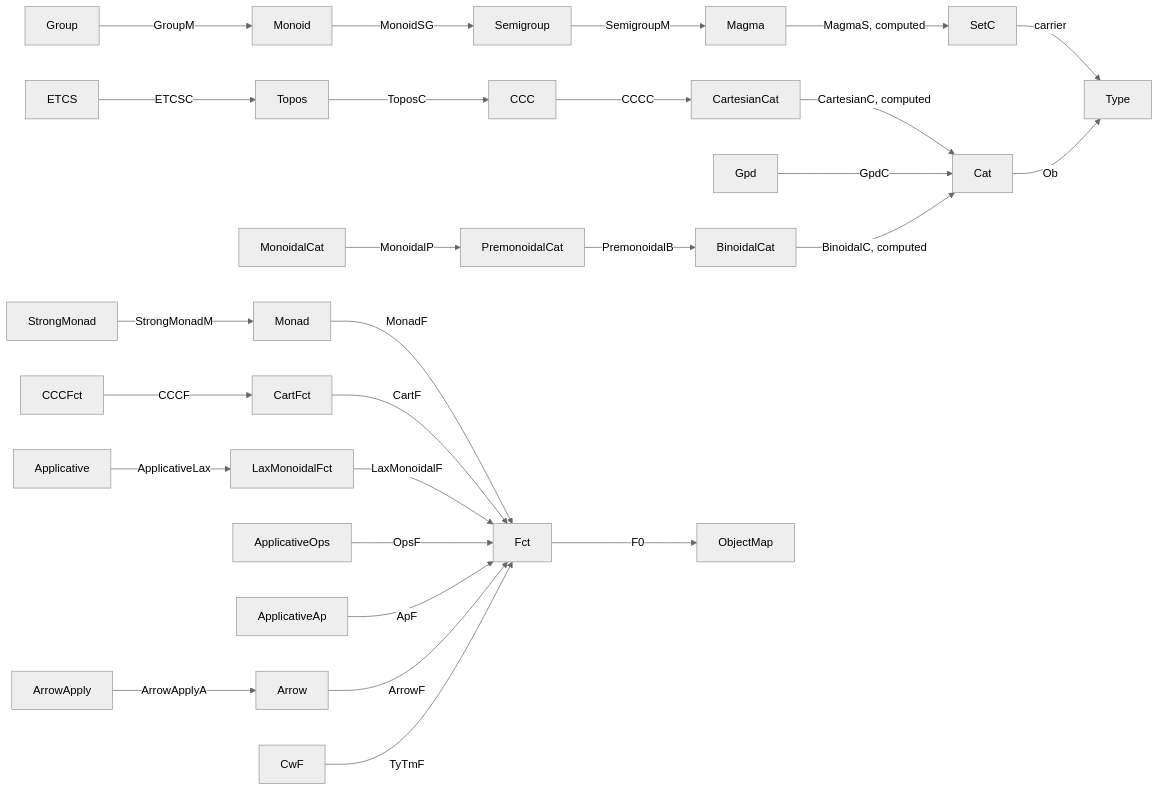
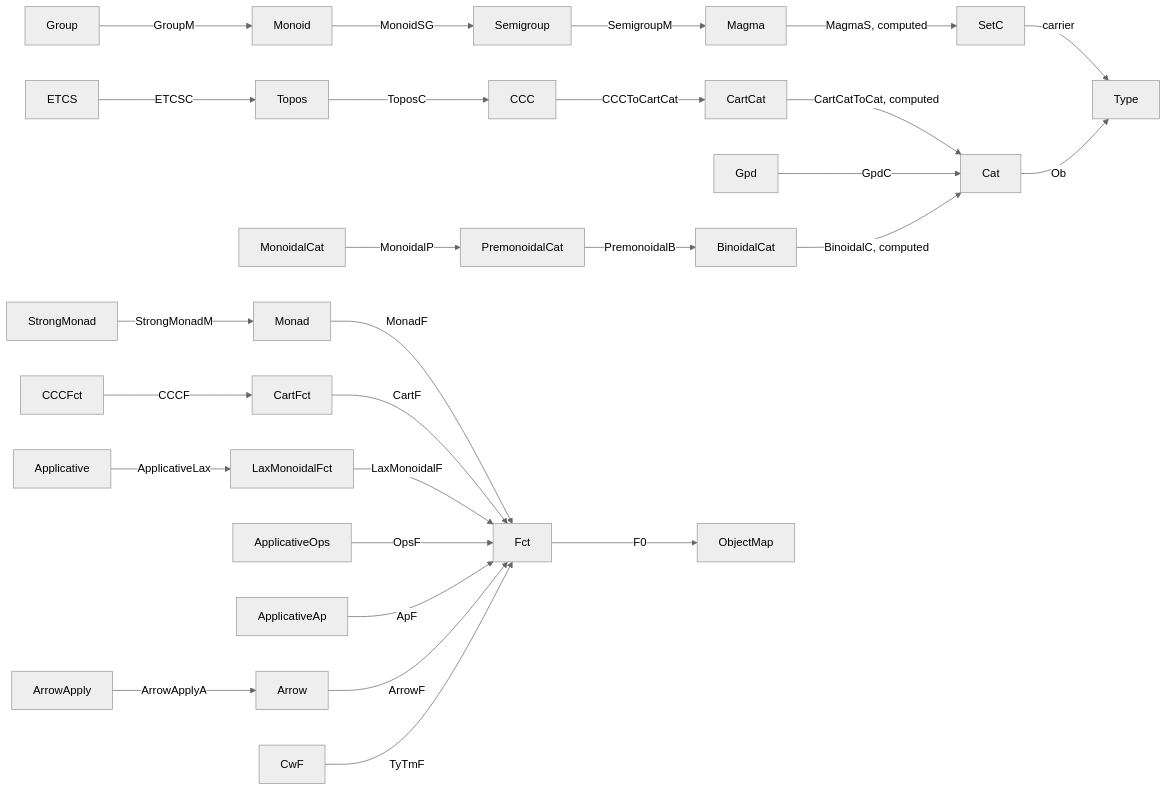
One commit to Godalin/rocq-cats changed the diagram in docs/BundledInterfaces.md. Above: the diagram before and after it, drawn with Mermaid (neutral theme). The commit also changed other lines of this file and 175 other files, not shown here.

First line of the commit message:
Pack natural transformations and standardize Nat and CartCat names

````diff
--- a/docs/BundledInterfaces.md
+++ b/docs/BundledInterfaces.md
@@ -1615,29 +1677,29 @@
 ```mermaid
 flowchart LR
   Group -->|GroupM| Monoid
   Monoid -->|MonoidSG| Semigroup
   Semigroup -->|SemigroupM| Magma
   Magma -->|MagmaS, computed| SetC
   SetC -->|carrier| Type
   ETCS -->|ETCSC| Topos
   Topos -->|ToposC| CCC
-  CCC -->|CCCC| CartesianCat
-  CartesianCat -->|CartesianC, computed| Cat
+  CCC -->|CCCToCartCat| CartCat
+  CartCat -->|CartCatToCat, computed| Cat
   Gpd -->|GpdC| Cat
   Cat -->|Ob| Type
   MonoidalCat -->|MonoidalP| PremonoidalCat
   PremonoidalCat -->|PremonoidalB| BinoidalCat
   BinoidalCat -->|BinoidalC, computed| Cat
   StrongMonad -->|StrongMonadM| Monad
   Monad -->|MonadF| Fct
   CCCFct -->|CCCF| CartFct
   CartFct -->|CartF| Fct
   Applicative -->|ApplicativeLax| LaxMonoidalFct
   LaxMonoidalFct -->|LaxMonoidalF| Fct
   ApplicativeOps -->|OpsF| Fct
   ApplicativeAp -->|ApF| Fct
   ArrowApply -->|ArrowApplyA| Arrow
   Arrow -->|ArrowF| Fct
   CwF -->|TyTmF| Fct
   Fct -->|F0| ObjectMap
 ```
````
